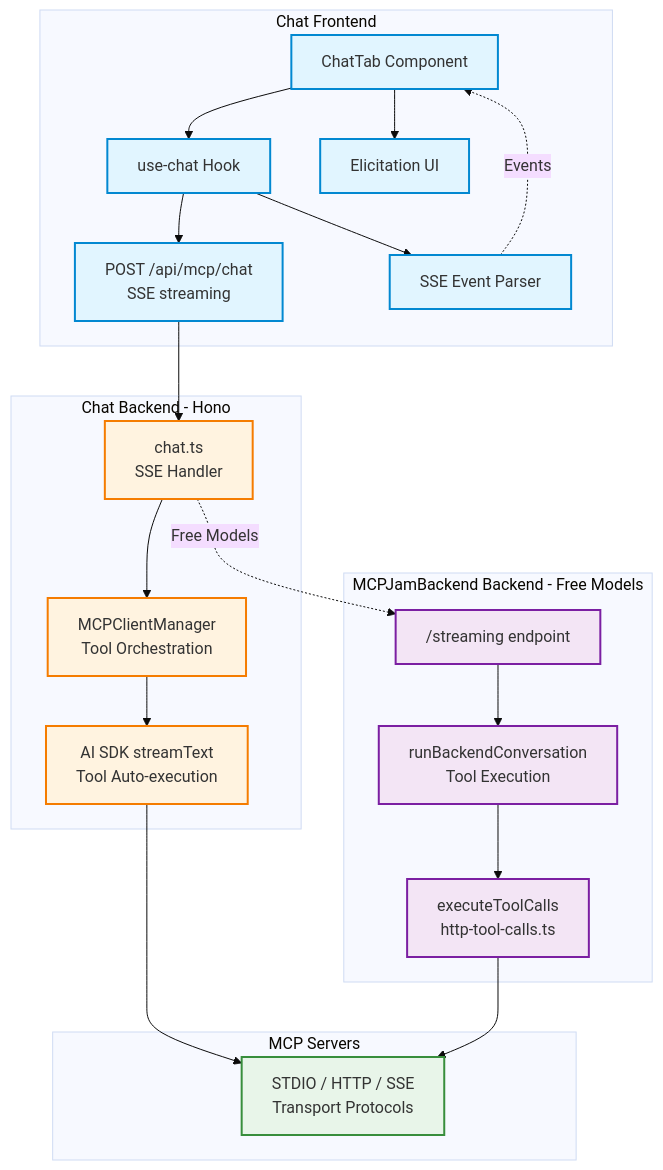
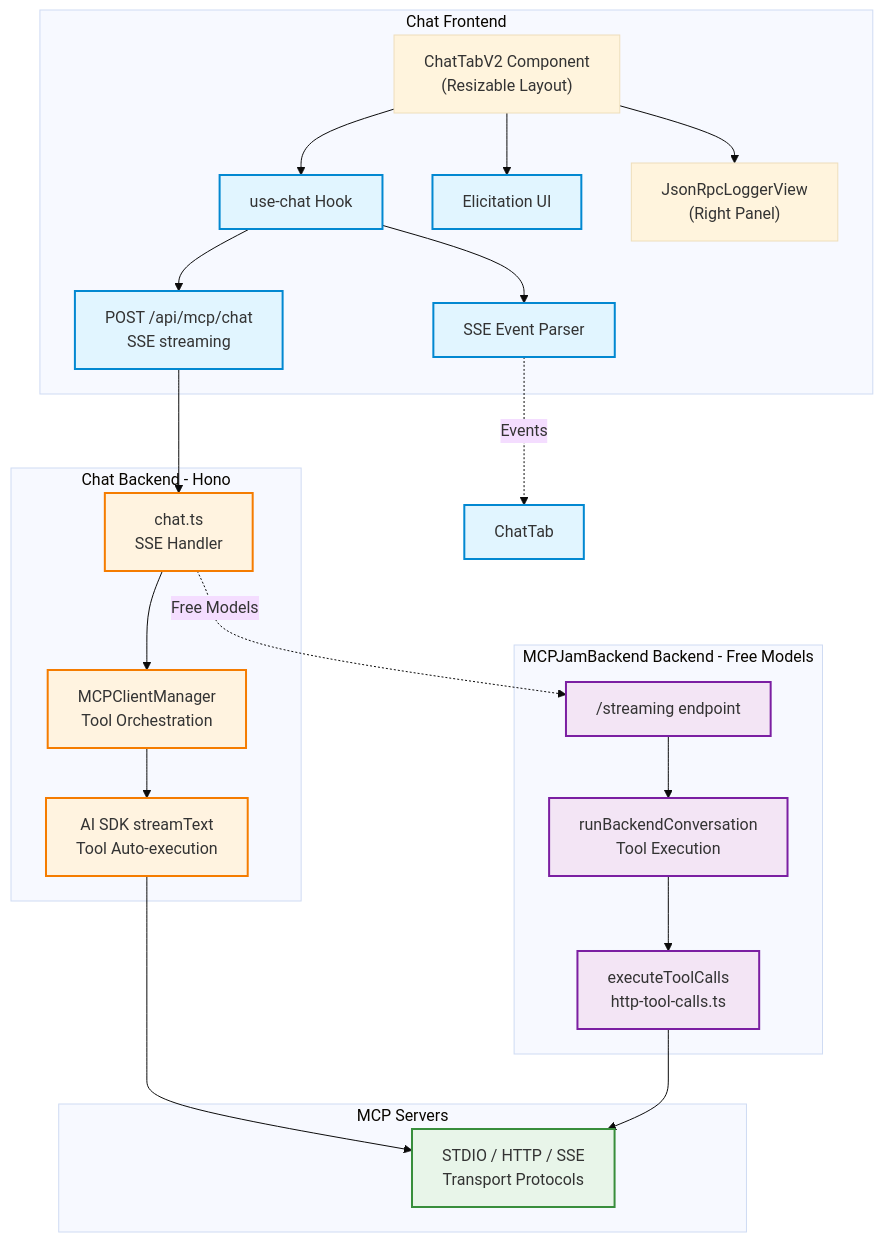
One commit to MCPJam/inspector changed the diagram in docs/contributing/playground-architecture.mdx. Above: the diagram before and after it, drawn with Mermaid (base theme). The commit also changed other lines of this file, not shown here.

````diff
--- a/docs/contributing/playground-architecture.mdx
+++ b/docs/contributing/playground-architecture.mdx
@@ -33,61 +58,65 @@
 ```mermaid
 graph TB
     subgraph Frontend["Chat Frontend"]
-        ChatTab["ChatTab Component"]
+        ChatTabV2["ChatTabV2 Component
+        (Resizable Layout)"]
         UseChat["use-chat Hook"]
         ChatAPI["POST /api/mcp/chat
         SSE streaming"]
         ElicitUI["Elicitation UI"]
         SSEParser["SSE Event Parser"]
+        JsonRpcLogger["JsonRpcLoggerView
+        (Right Panel)"]
 
-        ChatTab --> UseChat
+        ChatTabV2 --> UseChat
+        ChatTabV2 --> JsonRpcLogger
         UseChat --> ChatAPI
         UseChat --> SSEParser
-        ChatTab --> ElicitUI
+        ChatTabV2 --> ElicitUI
     end
 
     subgraph Backend["Chat Backend - Hono"]
         ChatHandler["chat.ts
         SSE Handler"]
         MCPManager["MCPClientManager
         Tool Orchestration"]
         AiSDK["AI SDK streamText
         Tool Auto-execution"]
 
         ChatHandler --> MCPManager
         MCPManager --> AiSDK
     end
 
     subgraph MCPJamBackend["MCPJamBackend Backend - Free Models"]
         StreamEndpoint["/streaming endpoint"]
         BackendConv["runBackendConversation
         Tool Execution"]
         ExecTools["executeToolCalls
         http-tool-calls.ts"]
 
         StreamEndpoint --> BackendConv
         BackendConv --> ExecTools
     end
 
     subgraph MCPServers["MCP Servers"]
         Servers["STDIO / HTTP / SSE
         Transport Protocols"]
     end
 
     ChatAPI --> ChatHandler
     ChatHandler -.Free Models.-> StreamEndpoint
     AiSDK --> Servers
     ExecTools --> Servers
 
     SSEParser -.Events.-> ChatTab
 
     classDef frontend fill:#e1f5ff,stroke:#0288d1,stroke-width:2px
     classDef backend fill:#fff3e0,stroke:#f57c00,stroke-width:2px
     classDef mcpjamBackend fill:#f3e5f5,stroke:#7b1fa2,stroke-width:2px
     classDef mcp fill:#e8f5e9,stroke:#388e3c,stroke-width:2px
 
     class ChatTab,UseChat,ChatAPI,ElicitUI,SSEParser frontend
     class ChatHandler,MCPManager,AiSDK backend
     class StreamEndpoint,BackendConv,ExecTools mcpjamBackend
     class Servers mcp
 ```
````
